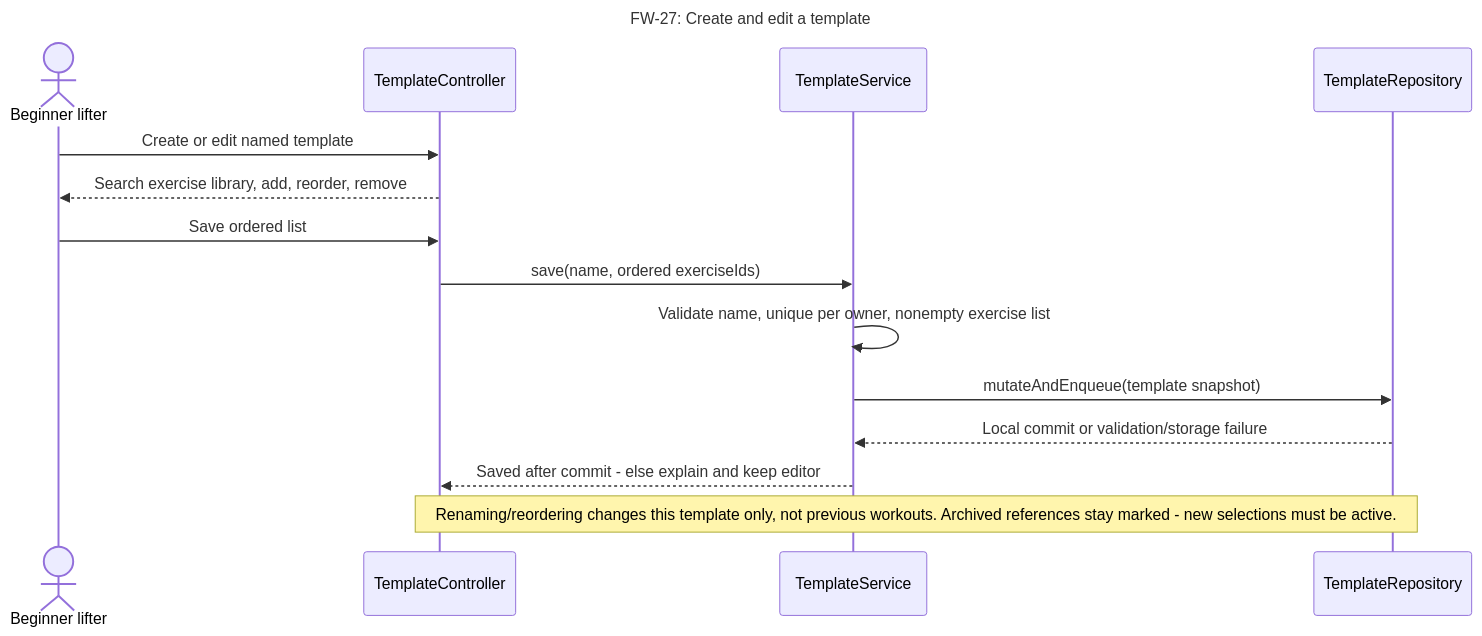
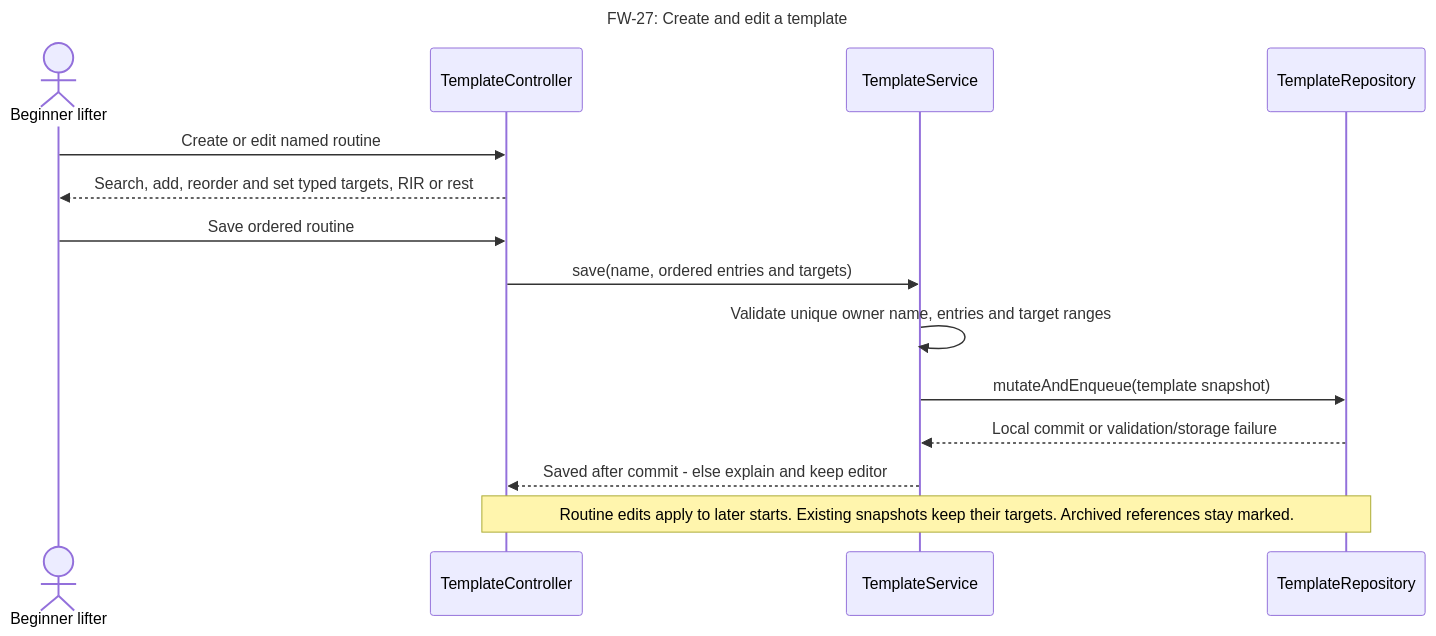
The diagram in docs/part2/design/diagrams/sequence/FW-27.mmd (SebasLopez2005/SWEProject1), drawn with Mermaid before and after one commit. The commit also changed 47 other files, not shown here.

```diff
--- a/docs/part2/design/diagrams/sequence/FW-27.mmd
+++ b/docs/part2/design/diagrams/sequence/FW-27.mmd
@@ -1,15 +1,15 @@
 sequenceDiagram
     title FW-27: Create and edit a template
     actor U as Beginner lifter
     participant C as TemplateController
     participant S as TemplateService
     participant R as TemplateRepository
-    U->>C: Create or edit named template
-    C-->>U: Search exercise library, add, reorder, remove
-    U->>C: Save ordered list
-    C->>S: save(name, ordered exerciseIds)
-    S->>S: Validate name, unique per owner, nonempty exercise list
+    U->>C: Create or edit named routine
+    C-->>U: Search, add, reorder and set typed targets, RIR or rest
+    U->>C: Save ordered routine
+    C->>S: save(name, ordered entries and targets)
+    S->>S: Validate unique owner name, entries and target ranges
     S->>R: mutateAndEnqueue(template snapshot)
     R-->>S: Local commit or validation/storage failure
     S-->>C: Saved after commit -  else explain and keep editor
-    Note over C,R: Renaming/reordering changes this template only, not previous workouts. Archived references stay marked -  new selections must be active.
+    Note over C,R: Routine edits apply to later starts. Existing snapshots keep their targets. Archived references stay marked.
```
